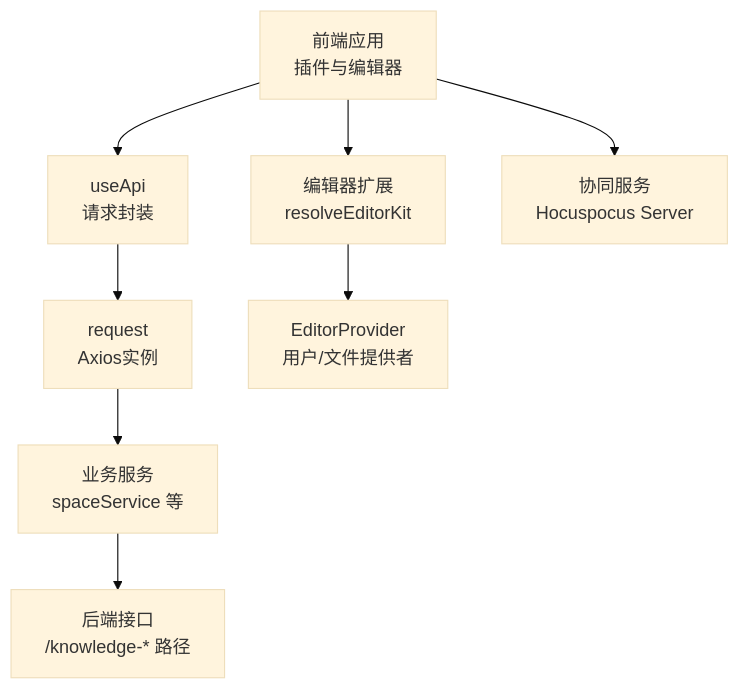
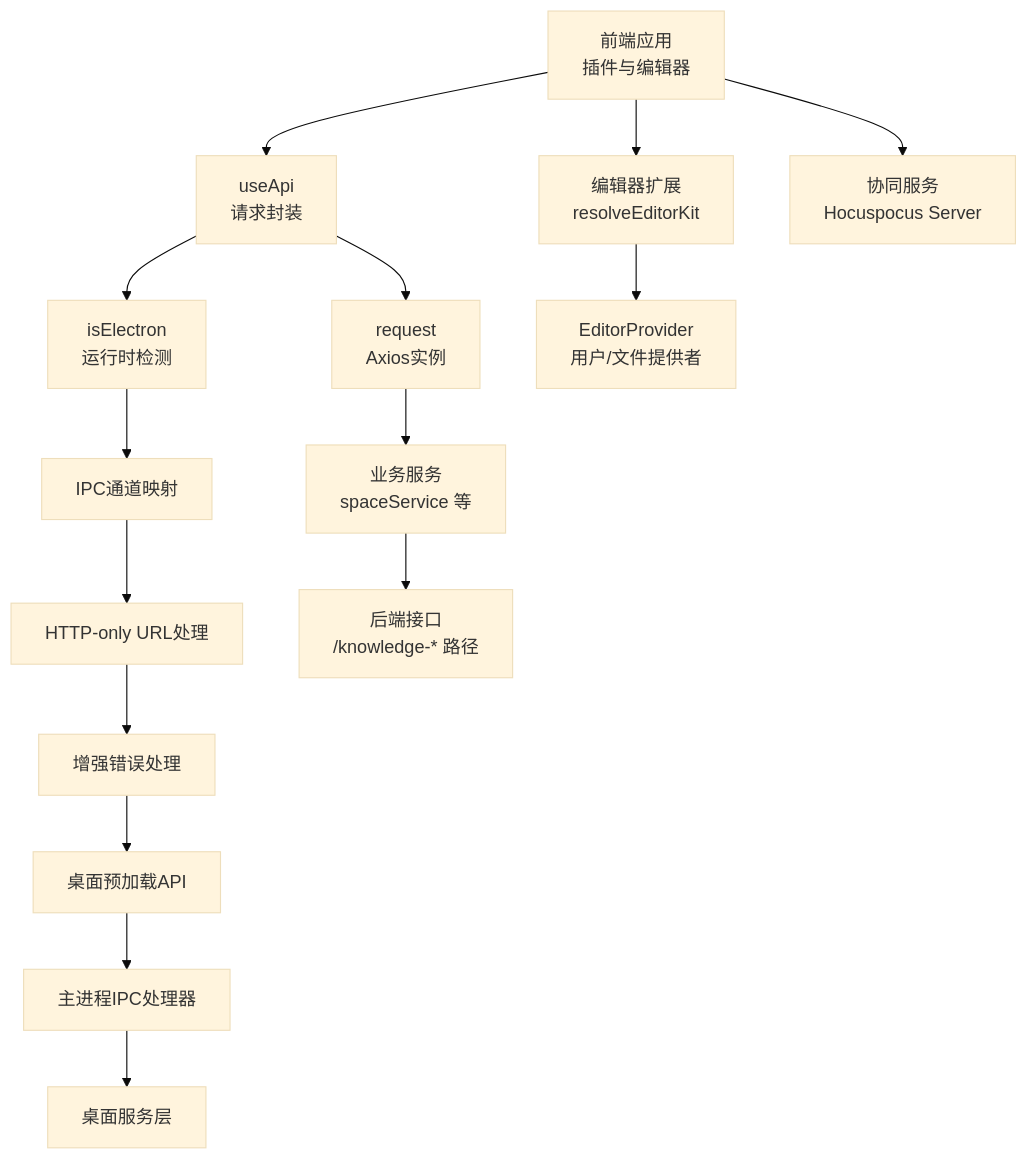
The second of 9 diagrams in .qoder/repowiki/zh/content/API参考/API参考.md (LRF0422/Kotion), drawn with Mermaid (base theme) before and after one commit. The commit also changed other lines of this file and 75 other files, not shown here.

````diff
--- a/.qoder/repowiki/zh/content/API参考/API参考.md
+++ b/.qoder/repowiki/zh/content/API参考/API参考.md
@@ -132,10 +205,17 @@
 ```mermaid
 graph TB
 FE["前端应用<br/>插件与编辑器"] --> API["useApi<br/>请求封装"]
+API --> Detect["isElectron<br/>运行时检测"]
+Detect --> IPC["IPC通道映射"]
+IPC --> HTTPOnly["HTTP-only URL处理"]
+HTTPOnly --> ErrorHandle["增强错误处理"]
+ErrorHandle --> Preload["桌面预加载API"]
+Preload --> MainProc["主进程IPC处理器"]
+MainProc --> Services["桌面服务层"]
 API --> Req["request<br/>Axios实例"]
 Req --> Srv["业务服务<br/>spaceService 等"]
 Srv --> Endpoints["后端接口<br/>/knowledge-* 路径"]
 FE --> Ext["编辑器扩展<br/>resolveEditorKit"]
 Ext --> Provider["EditorProvider<br/>用户/文件提供者"]
 FE --> Collab["协同服务<br/>Hocuspocus Server"]
 ```
````
